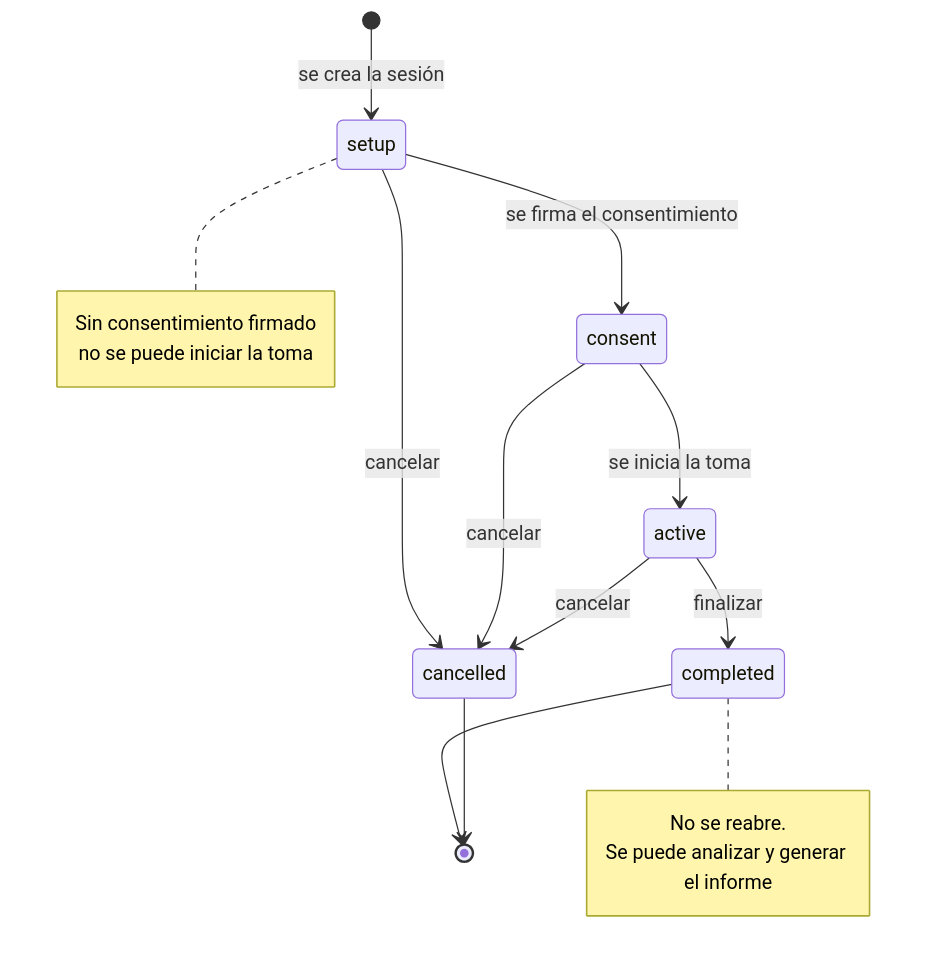
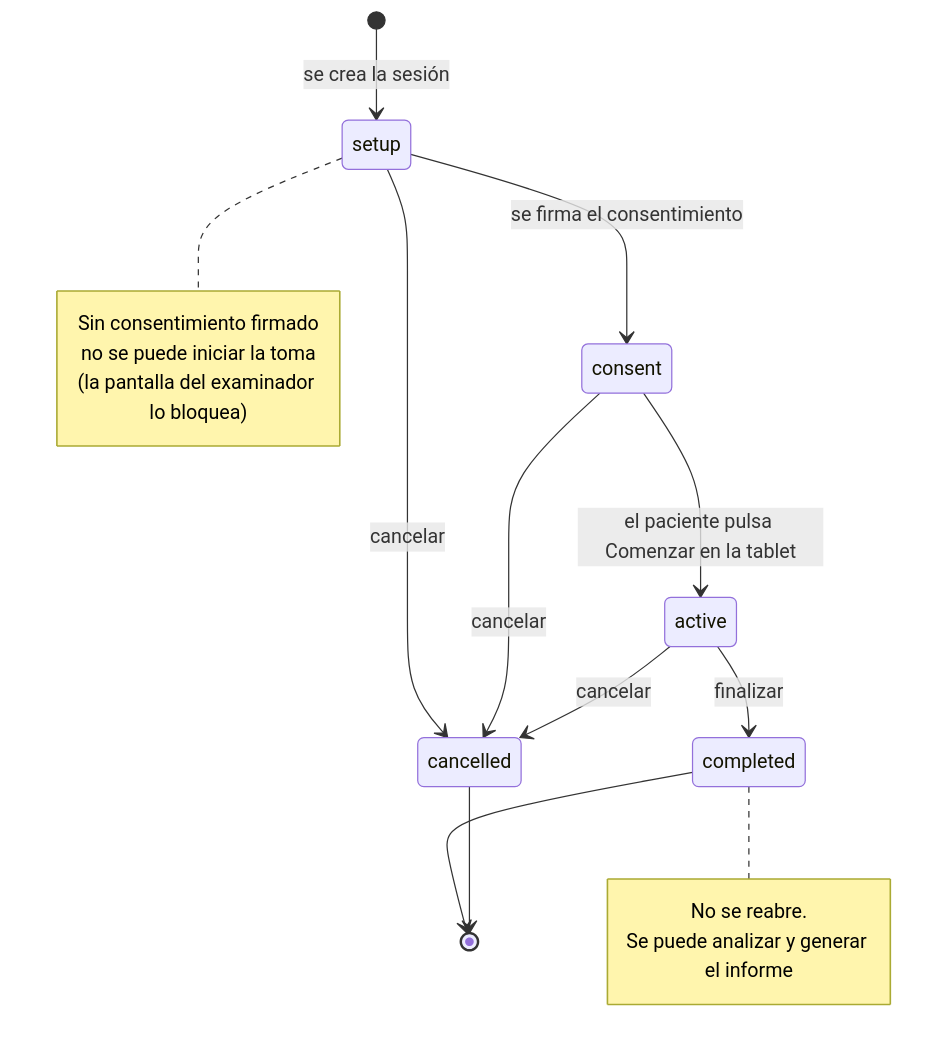
One commit to JoaquinStudent/integrador-psico changed the fourth of 8 diagrams in entregas/avance-3/informe/diagramas/arquitectura-y-estados.md. Above: the diagram before and after it, drawn with Mermaid. The commit also changed 7 other files, not shown here.

Commit message:
Entregas: revision de consistencia (cifras, secciones del catalogo, diagramas, cobertura de RF y referencias)

````diff
--- a/entregas/avance-3/informe/diagramas/arquitectura-y-estados.md
+++ b/entregas/avance-3/informe/diagramas/arquitectura-y-estados.md
@@ -185,20 +185,21 @@
 ```mermaid
 stateDiagram-v2
   [*] --> setup: se crea la sesión
   setup --> consent: se firma el consentimiento
   setup --> cancelled: cancelar
-  consent --> active: se inicia la toma
+  consent --> active: el paciente pulsa Comenzar en la tablet
   consent --> cancelled: cancelar
   active --> completed: finalizar
   active --> cancelled: cancelar
   completed --> [*]
   cancelled --> [*]
   note right of setup
     Sin consentimiento firmado
     no se puede iniciar la toma
+    (la pantalla del examinador lo bloquea)
   end note
   note right of completed
     No se reabre.
     Se puede analizar y generar el informe
   end note
 ```
````
